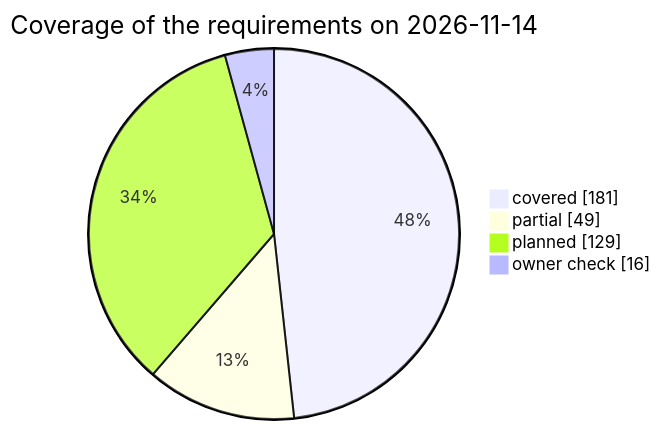
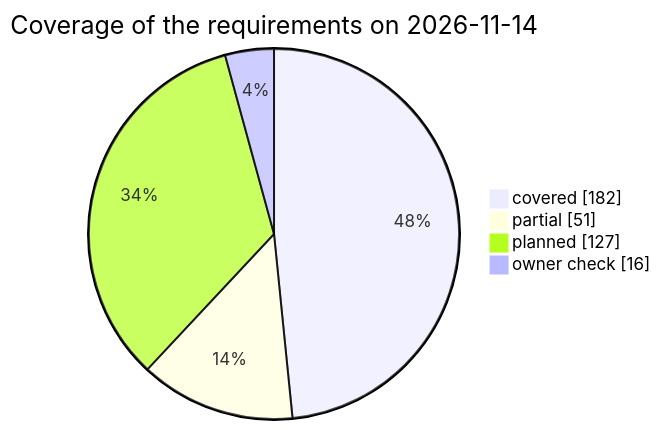
Before and after one commit to qa-io-vn/fnb-manager: the third of 3 diagrams in docs/test-plan.md, drawn with Mermaid. The commit also changed other lines of this file and 10 other files, not shown here.

````diff
--- a/docs/test-plan.md
+++ b/docs/test-plan.md
@@ -834,8 +836,8 @@
 ```mermaid
 pie showData
     title Coverage of the requirements on 2026-11-14
-    "covered" : 181
-    "partial" : 49
-    "planned" : 129
+    "covered" : 182
+    "partial" : 51
+    "planned" : 127
     "owner check" : 16
 ```
````
